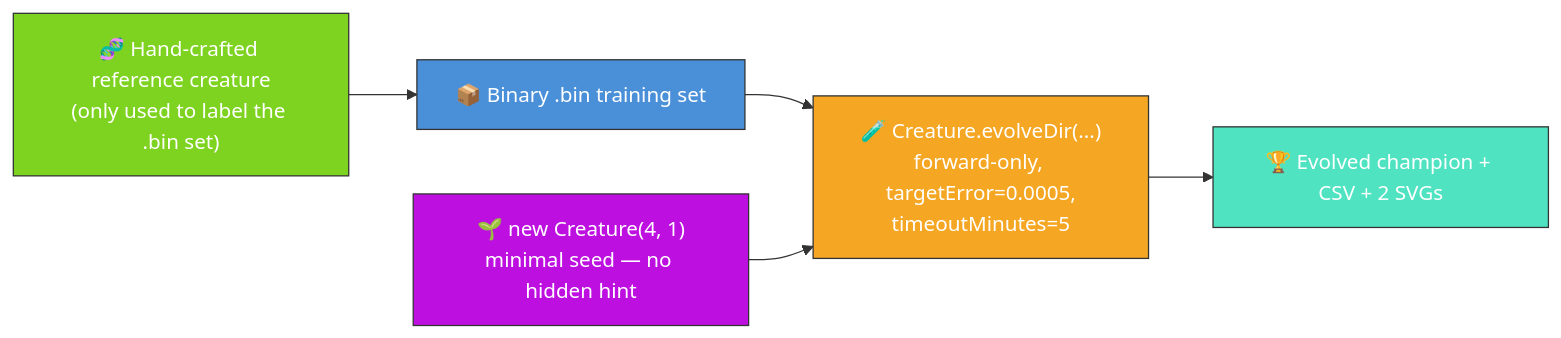
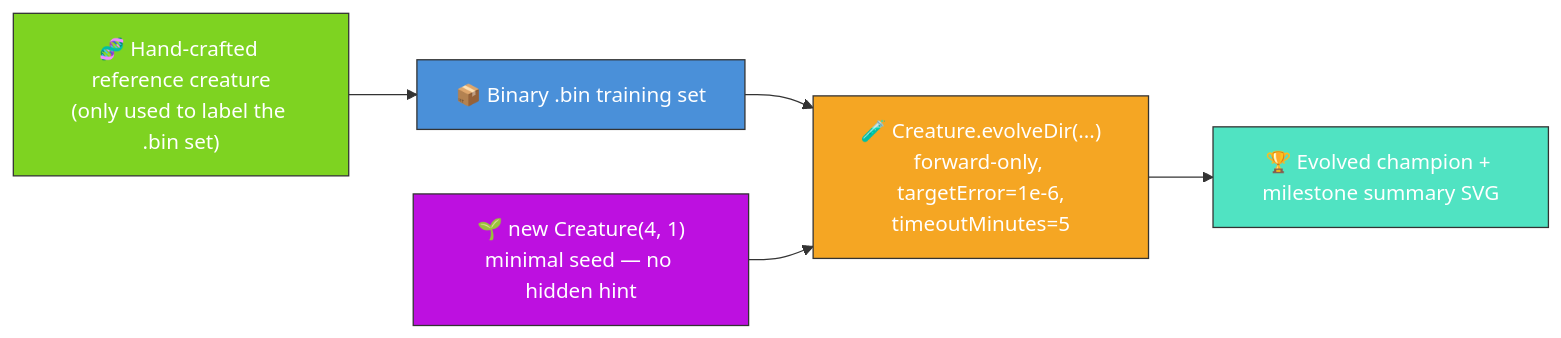
One commit to stSoftwareAU/NEAT-AI-Examples changed the diagram in discovery/README.md. Above: the diagram before and after it, drawn with Mermaid. The commit also changed other lines of this file and 17 other files, not shown here.

````diff
--- a/discovery/README.md
+++ b/discovery/README.md
@@ -8,17 +9,17 @@
 ```mermaid
 flowchart LR
     REF["🧬 Hand-crafted reference creature<br/>(only used to label the .bin set)"]
     DATA["📦 Binary .bin training set"]
     SEED["🌱 new Creature(4, 1)<br/>minimal seed — no hidden hint"]
-    EVOLVE["🧪 Creature.evolveDir(...)<br/>forward-only, targetError=0.0005,<br/>timeoutMinutes=5"]
-    OUT["🏆 Evolved champion + CSV + 2 SVGs"]
+    EVOLVE["🧪 Creature.evolveDir(...)<br/>forward-only, targetError=1e-6,<br/>timeoutMinutes=5"]
+    OUT["🏆 Evolved champion + milestone summary SVG"]
     REF --> DATA
     DATA --> EVOLVE
     SEED --> EVOLVE
     EVOLVE --> OUT
     style REF fill:#7ed321,stroke:#333,color:#fff
     style DATA fill:#4a90d9,stroke:#333,color:#fff
     style SEED fill:#bd10e0,stroke:#333,color:#fff
     style EVOLVE fill:#f5a623,stroke:#333,color:#fff
     style OUT fill:#50e3c2,stroke:#333,color:#fff
 ```
````
